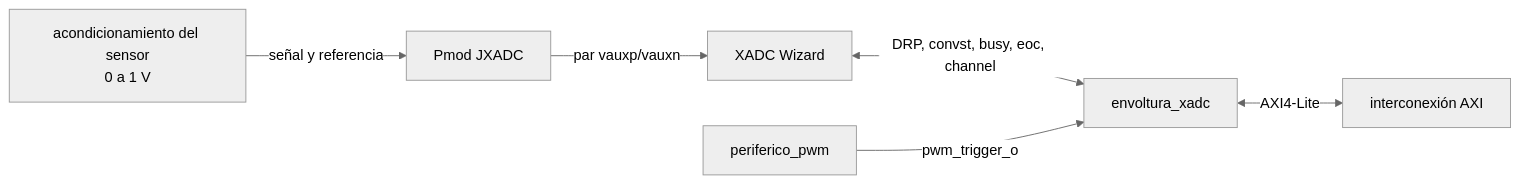
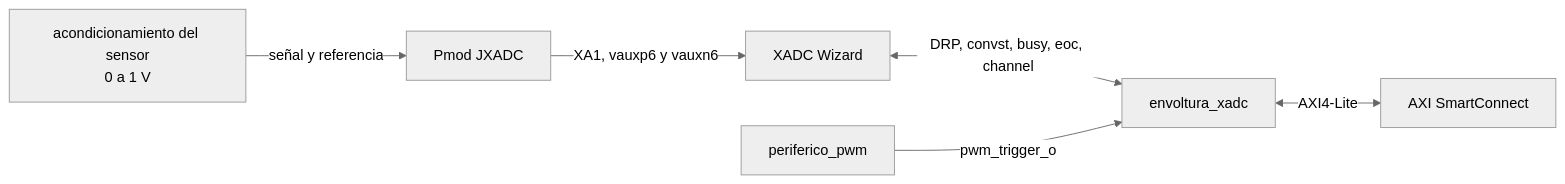
Before and after one commit to Taller-de-diseno-digital-GR01/Proyecto-4-Regulador-PR: the fourth of 4 diagrams in docs/diseño/modulos/envoltura_xadc.md, drawn with Mermaid (neutral theme). The commit also changed other lines of this file, not shown here.

Commit message:
envoltura_xadc con el canal XA1 en VAUX6 y el SmartConnect en las conexiones

````diff
--- a/docs/diseño/modulos/envoltura_xadc.md
+++ b/docs/diseño/modulos/envoltura_xadc.md
@@ -226,8 +226,8 @@
 ```mermaid
 flowchart LR
     SEN["acondicionamiento del sensor<br/>0 a 1 V"] -->|"señal y referencia"| JX["Pmod JXADC"]
-    JX -->|"par vauxp/vauxn"| XW["XADC Wizard"]
+    JX -->|"XA1, vauxp6 y vauxn6"| XW["XADC Wizard"]
     XW <-->|"DRP, convst, busy, eoc, channel"| ENV["envoltura_xadc"]
-    ENV <-->|"AXI4-Lite"| IC["interconexión AXI"]
+    ENV <-->|"AXI4-Lite"| IC["AXI SmartConnect"]
     PER["periferico_pwm"] -->|"pwm_trigger_o"| ENV
 ```
````
